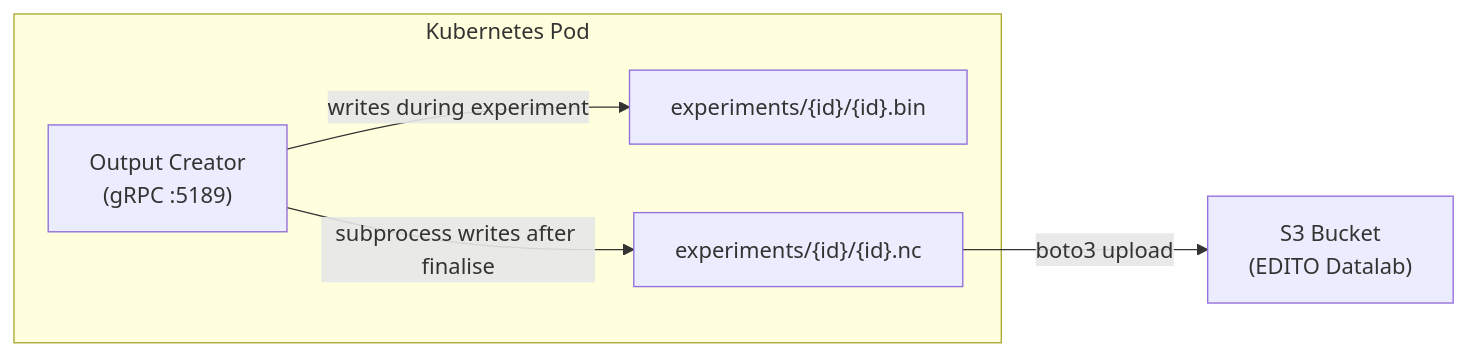
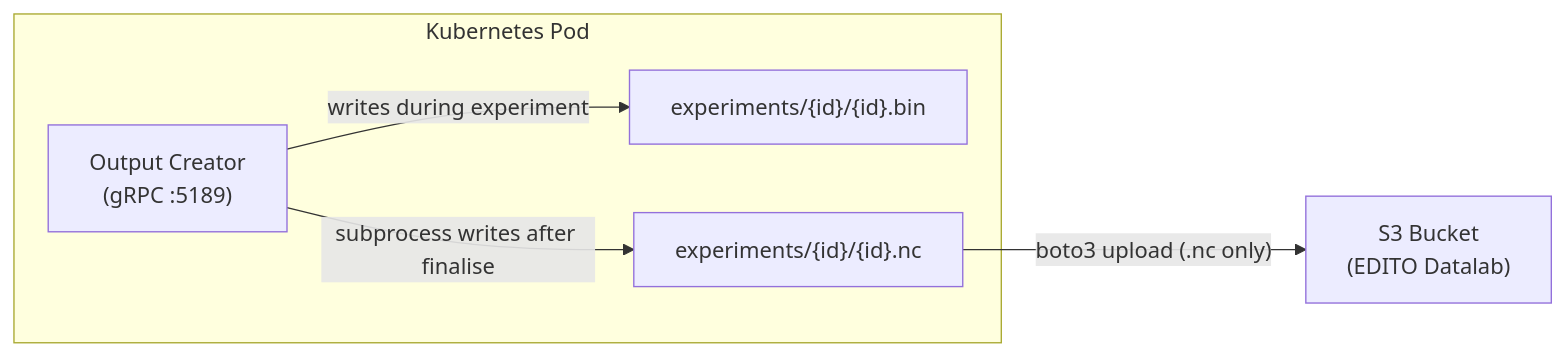
The fourth of 4 diagrams in output-creator_architecture.md (SURIMI-Project/SURIMI-output-creator), drawn with Mermaid before and after one commit. The commit also changed other lines of this file and 4 other files, not shown here.

````diff
--- a/output-creator_architecture.md
+++ b/output-creator_architecture.md
@@ -328,13 +335,13 @@
 ```mermaid
 flowchart LR
     subgraph pod["Kubernetes Pod"]
         OC["Output Creator\n(gRPC :5189)"]
         BIN["experiments/{id}/{id}.bin"]
         NC["experiments/{id}/{id}.nc"]
     end
     S3["S3 Bucket\n(EDITO Datalab)"]
 
     OC -- "writes during experiment" --> BIN
     OC -- "subprocess writes after finalise" --> NC
-    NC -- "boto3 upload" --> S3
+    NC -- "boto3 upload (.nc only)" --> S3
 ```
````
